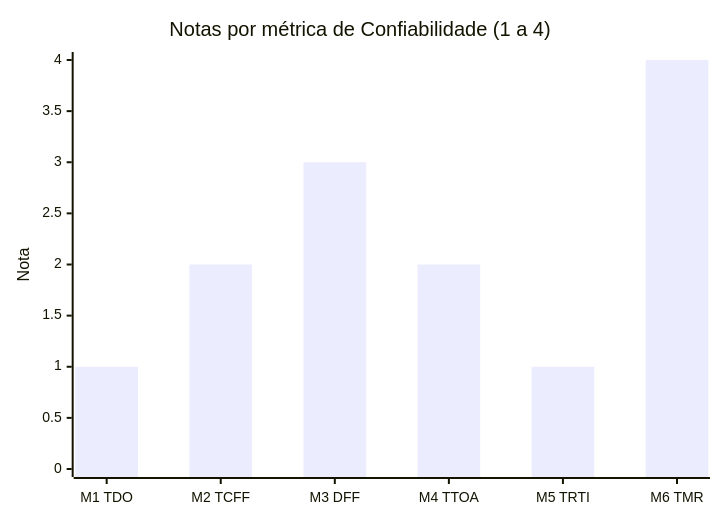
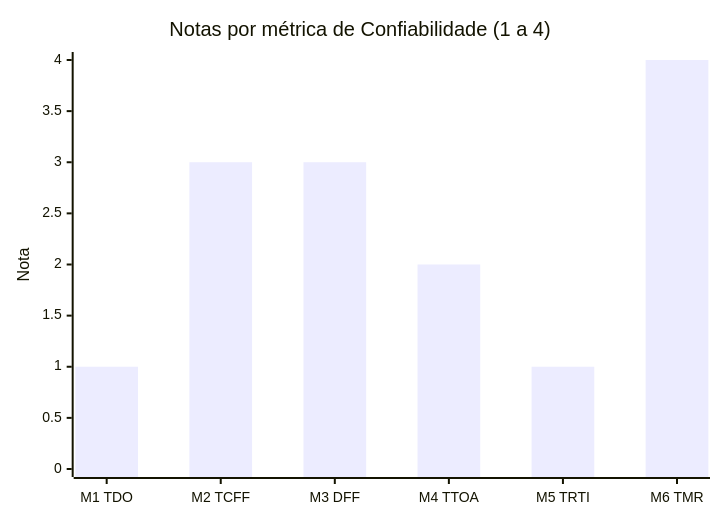
Before and after one commit to FCTE-Qualidade-de-Software-1/2026-2_T02_KAY_MCNULTY: the first of 2 diagrams in docs/fase4/confiabilidade.md, drawn with Mermaid. The commit also changed other lines of this file and 18 other files, not shown here.

````diff
--- a/docs/fase4/confiabilidade.md
+++ b/docs/fase4/confiabilidade.md
@@ -201,7 +213,7 @@
 ```mermaid
 xychart-beta
     title "Notas por métrica de Confiabilidade (1 a 4)"
     x-axis ["M1 TDO", "M2 TCFF", "M3 DFF", "M4 TTOA", "M5 TRTI", "M6 TMR"]
     y-axis "Nota" 0 --> 4
-    bar [1, 2, 3, 2, 1, 4]
+    bar [1, 3, 3, 2, 1, 4]
 ```
````
